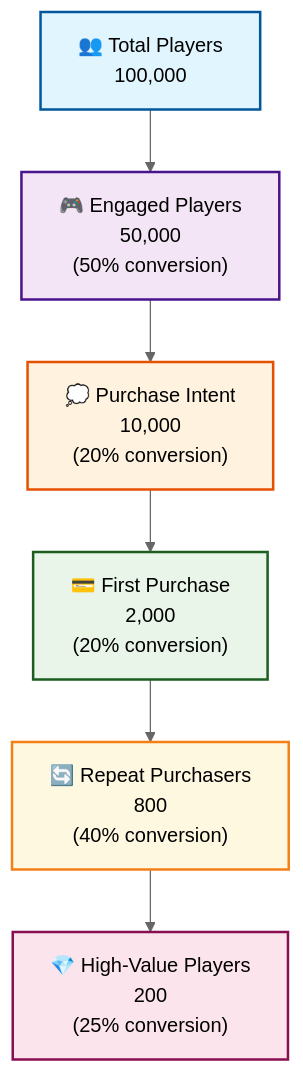
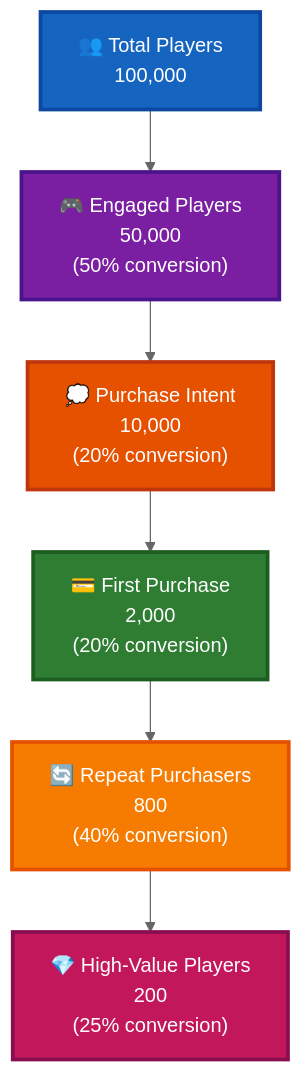
Before and after one commit to niravdd/myWork: the tenth of 11 diagrams in AWS for Games - BDSales Questionnaire.md, drawn with Mermaid (neutral theme).

Commit message:
Updated doc - better readability, improved diagrams...

````diff
--- a/AWS for Games - BDSales Questionnaire.md
+++ b/AWS for Games - BDSales Questionnaire.md
@@ -4844,15 +4844,15 @@
 ```mermaid
 graph TD
     A["👥 Total Players<br/>100,000"] --> B["🎮 Engaged Players<br/>50,000<br/>(50% conversion)"]
     B --> C["💭 Purchase Intent<br/>10,000<br/>(20% conversion)"]
     C --> D["💳 First Purchase<br/>2,000<br/>(20% conversion)"]
     D --> E["🔄 Repeat Purchasers<br/>800<br/>(40% conversion)"]
     E --> F["💎 High-Value Players<br/>200<br/>(25% conversion)"]
     
-    style A fill:#e1f5fe,stroke:#01579b,stroke-width:2px
-    style B fill:#f3e5f5,stroke:#4a148c,stroke-width:2px
-    style C fill:#fff3e0,stroke:#e65100,stroke-width:2px
-    style D fill:#e8f5e8,stroke:#1b5e20,stroke-width:2px
-    style E fill:#fff8e1,stroke:#f57f17,stroke-width:2px
-    style F fill:#fce4ec,stroke:#880e4f,stroke-width:2px
+    style A fill:#1565c0,stroke:#0d47a1,stroke-width:3px,color:#ffffff
+    style B fill:#7b1fa2,stroke:#4a148c,stroke-width:3px,color:#ffffff
+    style C fill:#e65100,stroke:#bf360c,stroke-width:3px,color:#ffffff
+    style D fill:#2e7d32,stroke:#1b5e20,stroke-width:3px,color:#ffffff
+    style E fill:#f57c00,stroke:#e65100,stroke-width:3px,color:#ffffff
+    style F fill:#c2185b,stroke:#880e4f,stroke-width:3px,color:#ffffff
 ```
````
